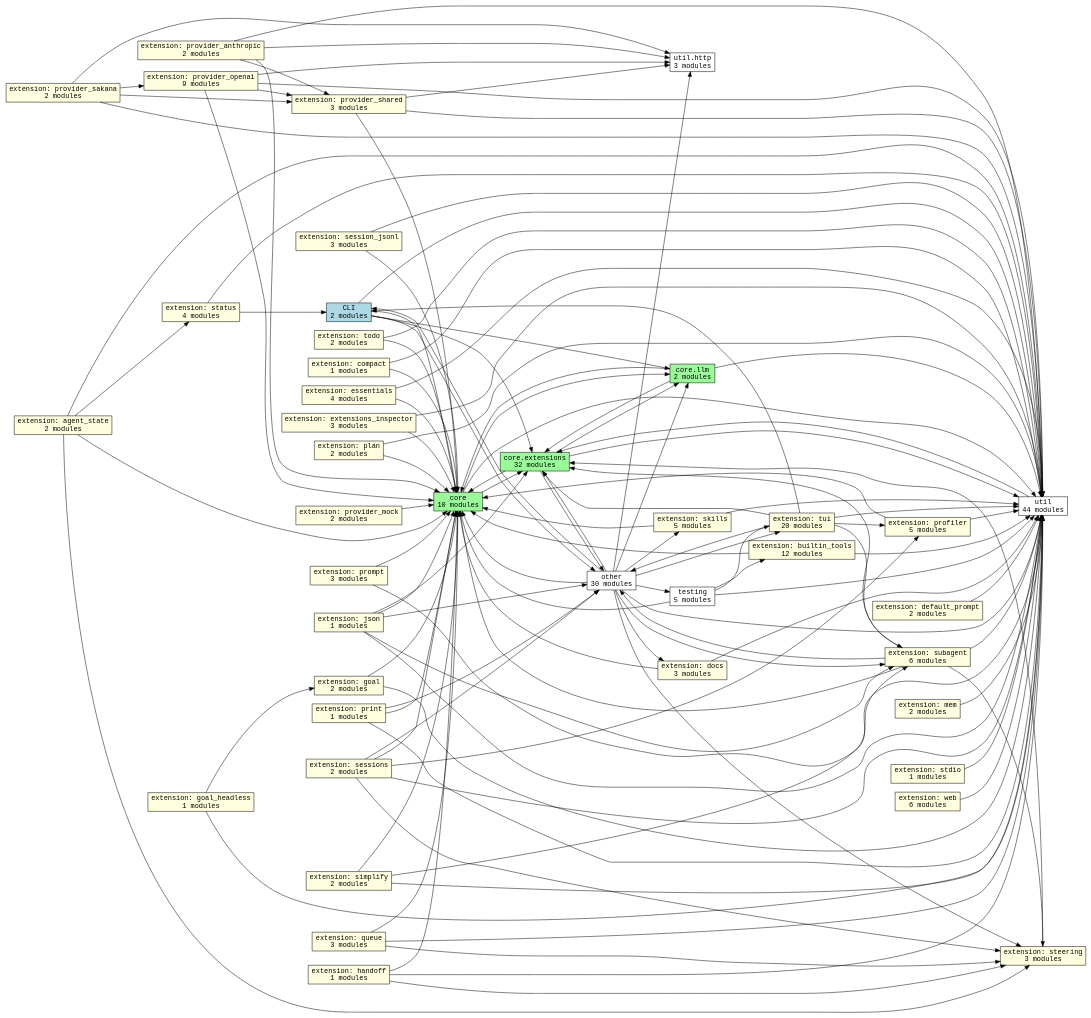
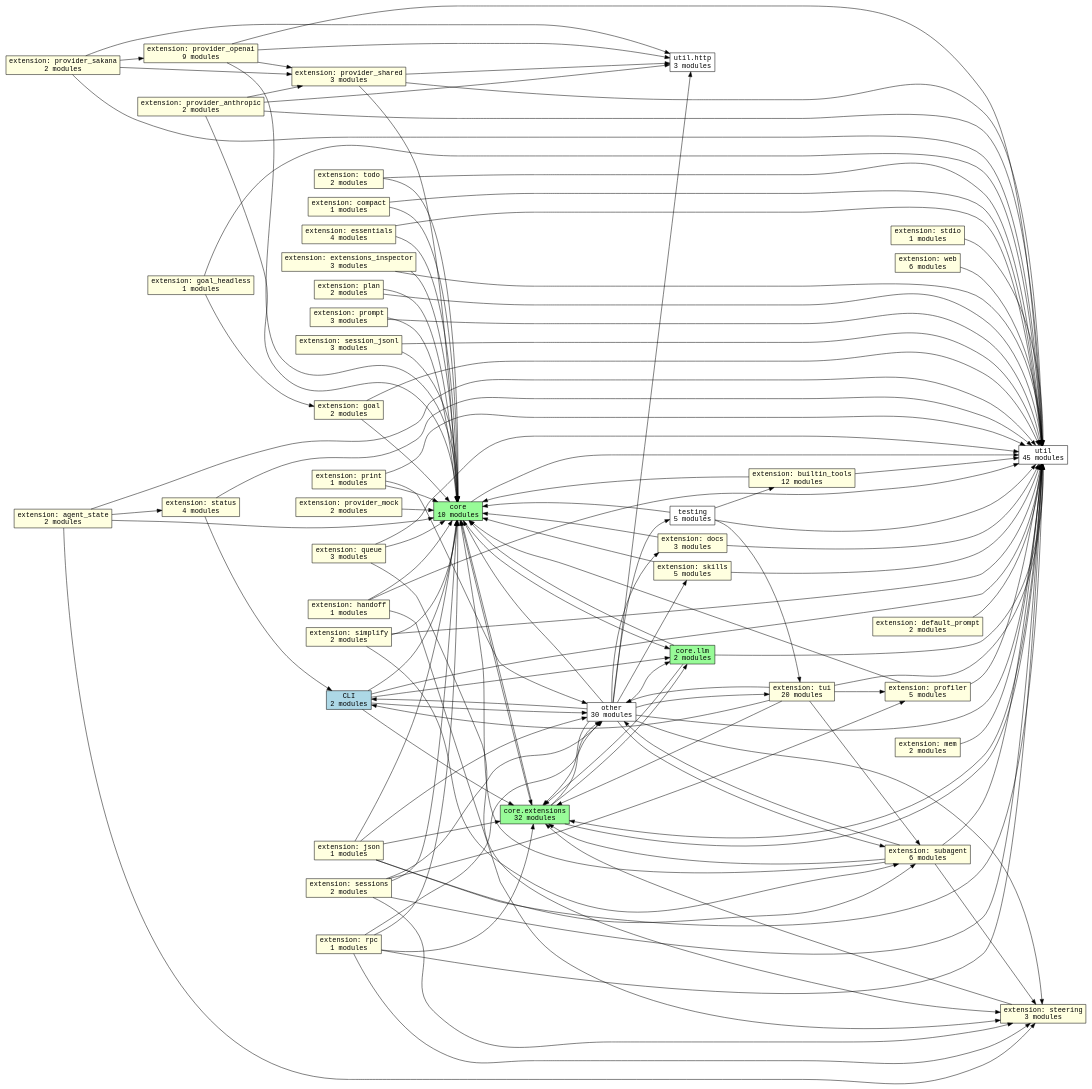
One commit to acmiyaguchi/fen changed the diagram in docs/graphs/subsystems.dot. Above: the diagram before and after it, drawn with Graphviz. The commit also changed 18 other files, not shown here.

```diff
--- a/docs/graphs/subsystems.dot
+++ b/docs/graphs/subsystems.dot
@@ -1,164 +1,170 @@
 digraph fen_subsystems {
   graph [rankdir=LR];
   node [shape=box, fontname="monospace"];
   edge [fontname="monospace"];
   "cli" [fillcolor="lightblue", label="CLI\n2 modules", style="filled"];
   "core" [fillcolor="palegreen", label="core\n10 modules", style="filled"];
   "core.extensions" [fillcolor="palegreen", label="core.extensions\n32 modules", style="filled"];
   "core.llm" [fillcolor="palegreen", label="core.llm\n2 modules", style="filled"];
   "extension.agent_state" [fillcolor="lightyellow", label="extension: agent_state\n2 modules", style="filled"];
   "extension.builtin_tools" [fillcolor="lightyellow", label="extension: builtin_tools\n12 modules", style="filled"];
   "extension.compact" [fillcolor="lightyellow", label="extension: compact\n1 modules", style="filled"];
   "extension.default_prompt" [fillcolor="lightyellow", label="extension: default_prompt\n2 modules", style="filled"];
   "extension.docs" [fillcolor="lightyellow", label="extension: docs\n3 modules", style="filled"];
   "extension.essentials" [fillcolor="lightyellow", label="extension: essentials\n4 modules", style="filled"];
   "extension.extensions_inspector" [fillcolor="lightyellow", label="extension: extensions_inspector\n3 modules", style="filled"];
   "extension.goal" [fillcolor="lightyellow", label="extension: goal\n2 modules", style="filled"];
   "extension.goal_headless" [fillcolor="lightyellow", label="extension: goal_headless\n1 modules", style="filled"];
   "extension.handoff" [fillcolor="lightyellow", label="extension: handoff\n1 modules", style="filled"];
   "extension.json" [fillcolor="lightyellow", label="extension: json\n1 modules", style="filled"];
   "extension.mem" [fillcolor="lightyellow", label="extension: mem\n2 modules", style="filled"];
   "extension.plan" [fillcolor="lightyellow", label="extension: plan\n2 modules", style="filled"];
   "extension.print" [fillcolor="lightyellow", label="extension: print\n1 modules", style="filled"];
   "extension.profiler" [fillcolor="lightyellow", label="extension: profiler\n5 modules", style="filled"];
   "extension.prompt" [fillcolor="lightyellow", label="extension: prompt\n3 modules", style="filled"];
   "extension.provider_anthropic" [fillcolor="lightyellow", label="extension: provider_anthropic\n2 modules", style="filled"];
   "extension.provider_mock" [fillcolor="lightyellow", label="extension: provider_mock\n2 modules", style="filled"];
   "extension.provider_openai" [fillcolor="lightyellow", label="extension: provider_openai\n9 modules", style="filled"];
   "extension.provider_sakana" [fillcolor="lightyellow", label="extension: provider_sakana\n2 modules", style="filled"];
   "extension.provider_shared" [fillcolor="lightyellow", label="extension: provider_shared\n3 modules", style="filled"];
   "extension.queue" [fillcolor="lightyellow", label="extension: queue\n3 modules", style="filled"];
+  "extension.rpc" [fillcolor="lightyellow", label="extension: rpc\n1 modules", style="filled"];
   "extension.session_jsonl" [fillcolor="lightyellow", label="extension: session_jsonl\n3 modules", style="filled"];
   "extension.sessions" [fillcolor="lightyellow", label="extension: sessions\n2 modules", style="filled"];
   "extension.simplify" [fillcolor="lightyellow", label="extension: simplify\n2 modules", style="filled"];
   "extension.skills" [fillcolor="lightyellow", label="extension: skills\n5 modules", style="filled"];
   "extension.status" [fillcolor="lightyellow", label="extension: status\n4 modules", style="filled"];
   "extension.stdio" [fillcolor="lightyellow", label="extension: stdio\n1 modules", style="filled"];
   "extension.steering" [fillcolor="lightyellow", label="extension: steering\n3 modules", style="filled"];
   "extension.subagent" [fillcolor="lightyellow", label="extension: subagent\n6 modules", style="filled"];
   "extension.todo" [fillcolor="lightyellow", label="extension: todo\n2 modules", style="filled"];
   "extension.tui" [fillcolor="lightyellow", label="extension: tui\n20 modules", style="filled"];
   "extension.web" [fillcolor="lightyellow", label="extension: web\n6 modules", style="filled"];
   "other" [fillcolor="white", label="other\n30 modules", style="filled"];
   "testing" [fillcolor="white", label="testing\n5 modules", style="filled"];
-  "util" [fillcolor="white", label="util\n44 modules", style="filled"];
+  "util" [fillcolor="white", label="util\n45 modules", style="filled"];
   "util.http" [fillcolor="white", label="util.http\n3 modules", style="filled"];
   "cli" -> "core";
   "cli" -> "core.extensions";
   "cli" -> "core.llm";
   "cli" -> "other";
   "cli" -> "util";
   "core" -> "core.extensions";
   "core" -> "core.llm";
   "core" -> "util";
   "core.extensions" -> "core";
   "core.extensions" -> "core.llm";
   "core.extensions" -> "other";
   "core.extensions" -> "util";
   "core.llm" -> "core";
   "core.llm" -> "core.extensions";
   "core.llm" -> "util";
   "extension.agent_state" -> "core";
   "extension.agent_state" -> "extension.status";
   "extension.agent_state" -> "extension.steering";
   "extension.agent_state" -> "util";
   "extension.builtin_tools" -> "core";
   "extension.builtin_tools" -> "util";
   "extension.compact" -> "core";
   "extension.compact" -> "util";
   "extension.default_prompt" -> "util";
   "extension.docs" -> "core";
   "extension.docs" -> "util";
   "extension.essentials" -> "core";
   "extension.essentials" -> "util";
   "extension.extensions_inspector" -> "core";
   "extension.extensions_inspector" -> "util";
   "extension.goal" -> "core";
   "extension.goal" -> "util";
   "extension.goal_headless" -> "extension.goal";
   "extension.goal_headless" -> "util";
   "extension.handoff" -> "core";
   "extension.handoff" -> "extension.steering";
   "extension.handoff" -> "util";
   "extension.json" -> "core";
   "extension.json" -> "core.extensions";
   "extension.json" -> "extension.subagent";
   "extension.json" -> "other";
   "extension.json" -> "util";
   "extension.mem" -> "util";
   "extension.plan" -> "core";
   "extension.plan" -> "util";
   "extension.print" -> "core";
   "extension.print" -> "other";
   "extension.print" -> "util";
   "extension.profiler" -> "core";
   "extension.profiler" -> "util";
   "extension.prompt" -> "core";
   "extension.prompt" -> "util";
   "extension.provider_anthropic" -> "core";
   "extension.provider_anthropic" -> "extension.provider_shared";
   "extension.provider_anthropic" -> "util";
   "extension.provider_anthropic" -> "util.http";
   "extension.provider_mock" -> "core";
   "extension.provider_openai" -> "core";
   "extension.provider_openai" -> "extension.provider_shared";
   "extension.provider_openai" -> "util";
   "extension.provider_openai" -> "util.http";
   "extension.provider_sakana" -> "extension.provider_openai";
   "extension.provider_sakana" -> "extension.provider_shared";
   "extension.provider_sakana" -> "util";
   "extension.provider_sakana" -> "util.http";
   "extension.provider_shared" -> "core";
   "extension.provider_shared" -> "util";
   "extension.provider_shared" -> "util.http";
   "extension.queue" -> "core";
   "extension.queue" -> "extension.steering";
   "extension.queue" -> "util";
+  "extension.rpc" -> "core";
+  "extension.rpc" -> "core.extensions";
+  "extension.rpc" -> "extension.steering";
+  "extension.rpc" -> "other";
+  "extension.rpc" -> "util";
   "extension.session_jsonl" -> "core";
   "extension.session_jsonl" -> "util";
   "extension.sessions" -> "core";
   "extension.sessions" -> "extension.profiler";
   "extension.sessions" -> "extension.steering";
   "extension.sessions" -> "other";
   "extension.sessions" -> "util";
   "extension.simplify" -> "core";
   "extension.simplify" -> "extension.subagent";
   "extension.simplify" -> "util";
   "extension.skills" -> "core";
   "extension.skills" -> "util";
   "extension.status" -> "cli";
   "extension.status" -> "util";
   "extension.stdio" -> "util";
   "extension.steering" -> "core.extensions";
   "extension.subagent" -> "core";
   "extension.subagent" -> "core.extensions";
   "extension.subagent" -> "extension.steering";
   "extension.subagent" -> "other";
   "extension.subagent" -> "util";
   "extension.todo" -> "core";
   "extension.todo" -> "util";
   "extension.tui" -> "cli";
   "extension.tui" -> "core.extensions";
   "extension.tui" -> "extension.profiler";
   "extension.tui" -> "extension.subagent";
   "extension.tui" -> "other";
   "extension.tui" -> "util";
   "extension.web" -> "util";
   "other" -> "cli";
   "other" -> "core";
   "other" -> "core.extensions";
   "other" -> "core.llm";
   "other" -> "extension.docs";
   "other" -> "extension.skills";
   "other" -> "extension.steering";
   "other" -> "extension.subagent";
   "other" -> "extension.tui";
   "other" -> "testing";
   "other" -> "util";
   "other" -> "util.http";
   "testing" -> "core";
   "testing" -> "extension.builtin_tools";
   "testing" -> "extension.tui";
   "testing" -> "util";
   "util" -> "core.extensions";
 }
```
